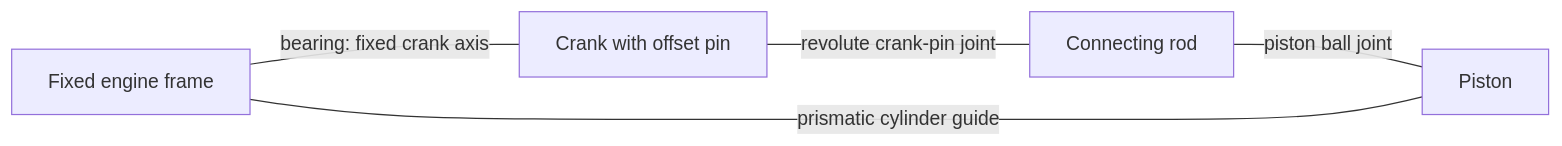
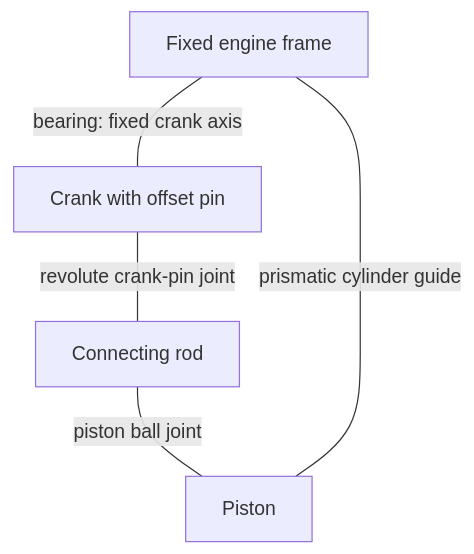
Before and after one commit to anteloc/ldraw-mecha: the first of 2 diagrams in docs/reference/42083-w16/slider-crank.md, drawn with Mermaid. The commit also changed other lines of this file and 12 other files, not shown here.

````diff
--- a/docs/reference/42083-w16/slider-crank.md
+++ b/docs/reference/42083-w16/slider-crank.md
@@ -9,7 +9,7 @@
 ```mermaid
-flowchart LR
+flowchart TB
   F["Fixed engine frame"] ---|"bearing: fixed crank axis"| C["Crank with offset pin"]
   C ---|"revolute crank-pin joint"| R["Connecting rod"]
   R ---|"piston ball joint"| P["Piston"]
   P ---|"prismatic cylinder guide"| F
 ```
````
